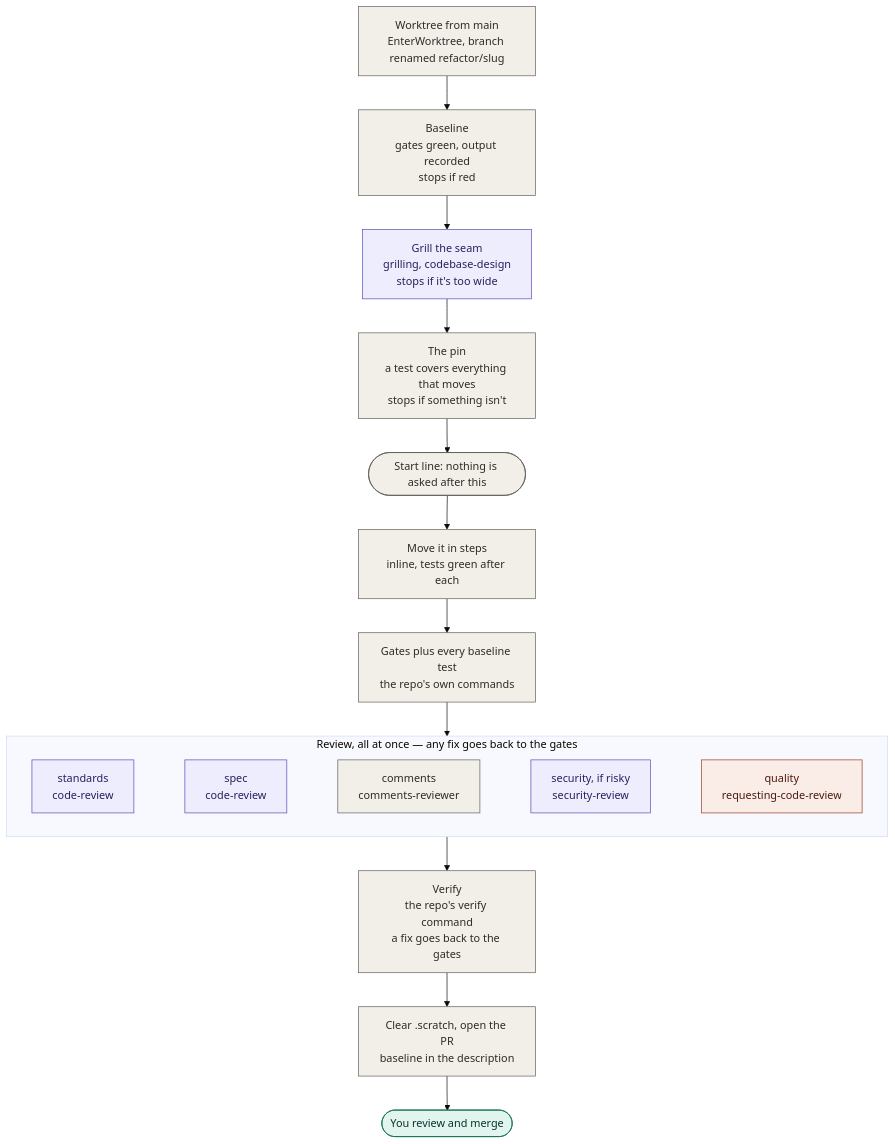
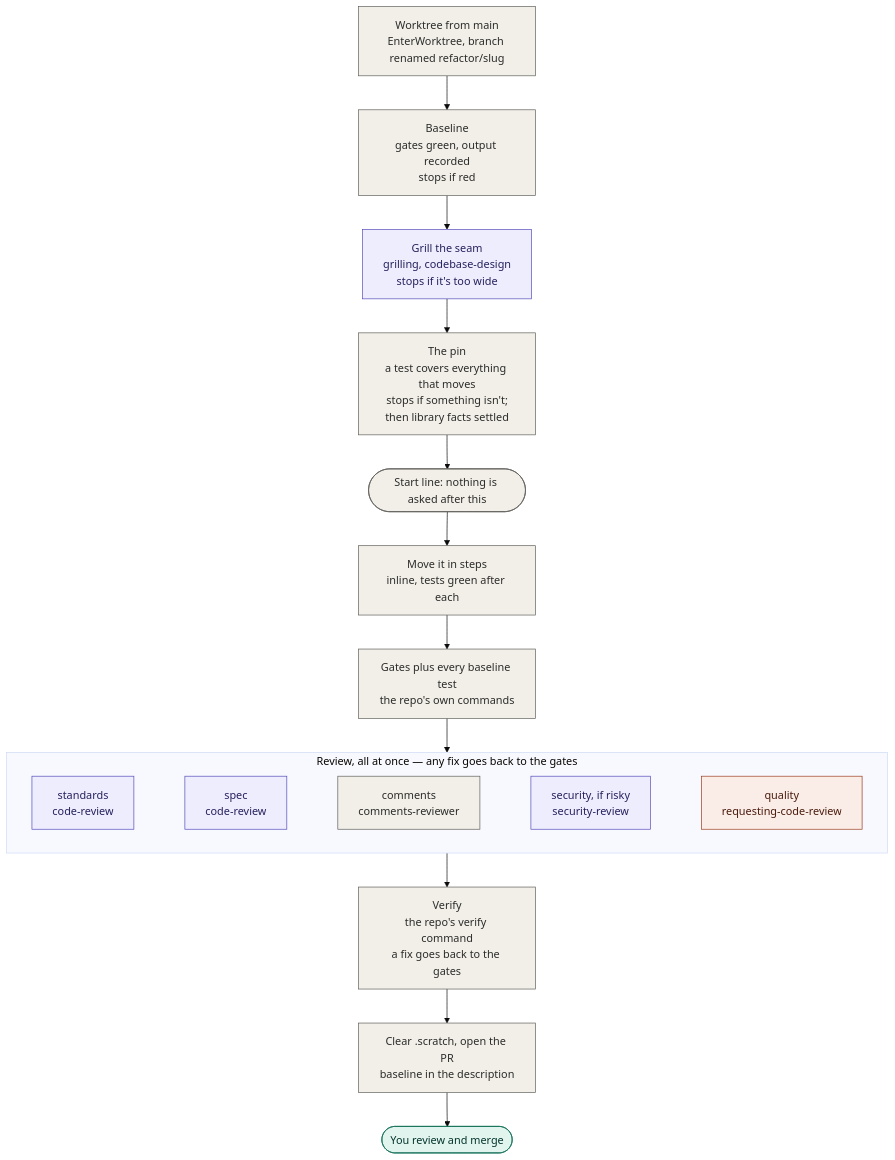
Before and after one commit to junayed711/temper: the third of 5 diagrams in README.md, drawn with Mermaid (base theme). The commit also changed other lines of this file and 3 other files, not shown here.

Commit message:
settle library facts before the start line, so a run rarely stops once under way

````diff
--- a/README.md
+++ b/README.md
@@ -392,31 +394,31 @@
 ```mermaid
 flowchart TD
     wt["Worktree from main<br/>EnterWorktree, branch renamed refactor/slug"]:::temper
     base["Baseline<br/>gates green, output recorded<br/>stops if red"]:::temper
     grill["Grill the seam<br/>grilling, codebase-design<br/>stops if it's too wide"]:::matt
-    pin["The pin<br/>a test covers everything that moves<br/>stops if something isn't"]:::temper
+    pin["The pin<br/>a test covers everything that moves<br/>stops if something isn't;<br/>then library facts settled"]:::temper
     go(["Start line: nothing is asked after this"]):::temper
     move["Move it in steps<br/>inline, tests green after each"]:::temper
     gates["Gates plus every baseline test<br/>the repo's own commands"]:::temper
 
     subgraph panel["Review, all at once — any fix goes back to the gates"]
         direction LR
         r1["standards<br/>code-review"]:::matt
         r2["spec<br/>code-review"]:::matt
         r3["comments<br/>comments-reviewer"]:::temper
         r4["security, if risky<br/>security-review"]:::matt
         r5["quality<br/>requesting-code-review"]:::sp
         r1 ~~~ r2 ~~~ r3 ~~~ r4 ~~~ r5
     end
 
     verify["Verify<br/>the repo's verify command<br/>a fix goes back to the gates"]:::temper
     pr["Clear .scratch, open the PR<br/>baseline in the description"]:::temper
     merge(["You review and merge"]):::you
 
     wt --> base --> grill --> pin --> go --> move --> gates --> panel --> verify --> pr --> merge
 
     classDef matt fill:#EEEDFE,stroke:#534AB7,color:#26215C
     classDef sp fill:#FAECE7,stroke:#993C1D,color:#4A1B0C
     classDef you fill:#E1F5EE,stroke:#0F6E56,color:#04342C
     classDef temper fill:#F1EFE8,stroke:#5F5E5A,color:#2C2C2A
 ```
````
